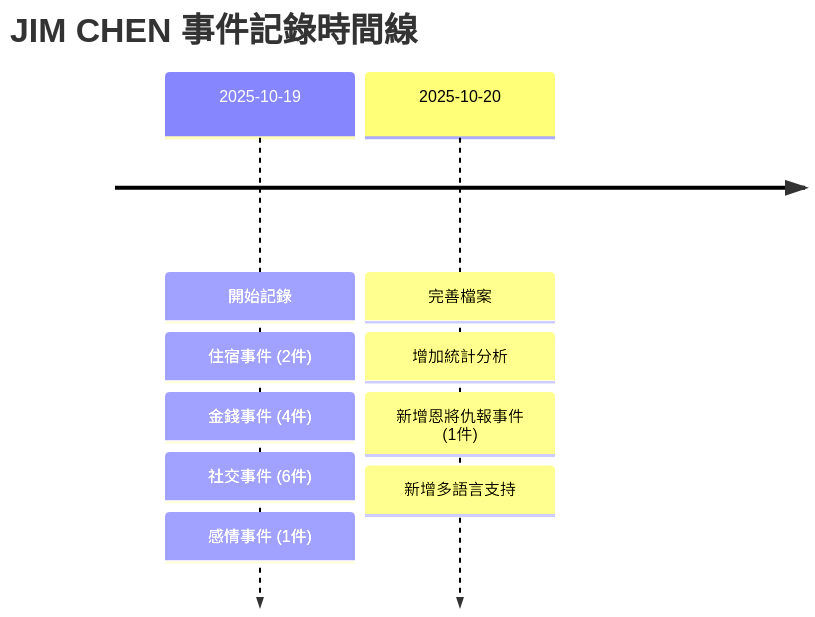
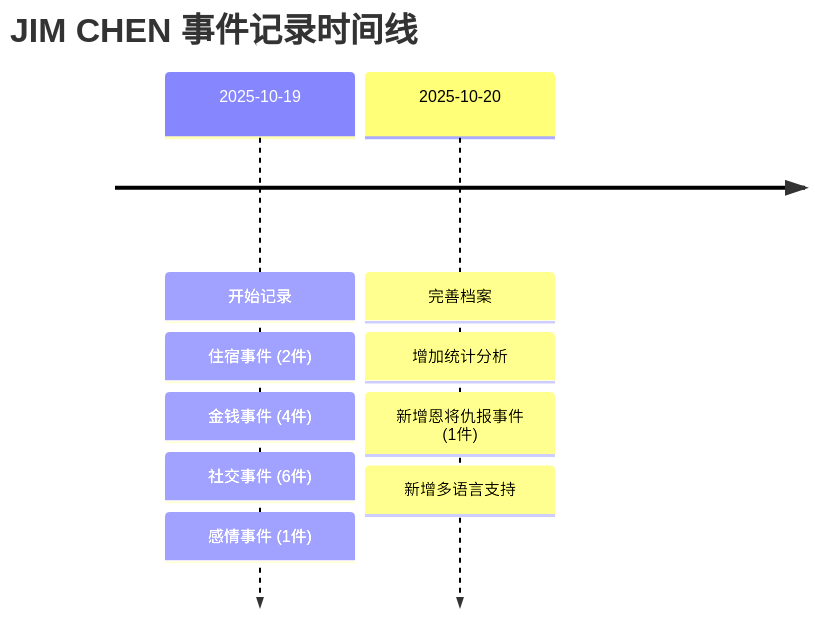
The second of 2 diagrams in zh-CN/笔记/📦 收集箱/陳俊霖 JIM CHEN.md (Zakkaus/nolebase), drawn with Mermaid before and after one commit. The commit also changed other lines of this file and 3 other files, not shown here.

````diff
--- a/zh-CN/笔记/📦 收集箱/陳俊霖 JIM CHEN.md
+++ b/zh-CN/笔记/📦 收集箱/陳俊霖 JIM CHEN.md
@@ -294,13 +285,13 @@
 ```mermaid
 timeline
-    title JIM CHEN 事件記錄時間線
-    2025-10-19 : 開始記錄
+    title JIM CHEN 事件记录时间线
+    2025-10-19 : 开始记录
              : 住宿事件 (2件)
-             : 金錢事件 (4件)
+             : 金钱事件 (4件)
              : 社交事件 (6件)
              : 感情事件 (1件)
-    2025-10-20 : 完善檔案
-             : 增加統計分析
-             : 新增恩將仇報事件 (1件)
-             : 新增多語言支持
+    2025-10-20 : 完善档案
+             : 增加统计分析
+             : 新增恩将仇报事件 (1件)
+             : 新增多语言支持
 ```
````
